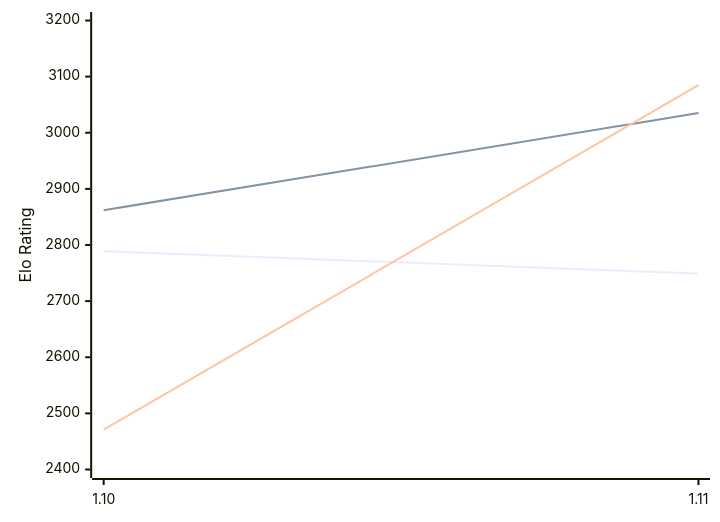
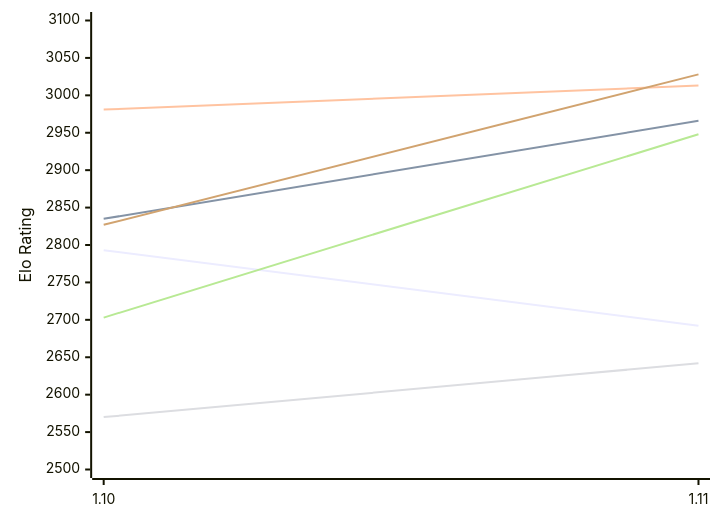
The first of 2 diagrams in engines/Roc.md (computer-chess-index/cci), drawn with Mermaid before and after one commit. The commit also changed other lines of this file, not shown here.

Commit message:
Update CCI Ratings (ELO VLTC) - 2026-11-13

````diff
--- a/engines/Roc.md
+++ b/engines/Roc.md
@@ -50,12 +50,12 @@
 ```mermaid
 %%{init: {"theme":"base","themeVariables":{"seriesColors:['#a3a3a3','#222221','#faa371']}}}%%
 xychart-beta
   x-axis ["1.10", "1.11"]
-  y-axis "Elo Rating" 2400 --> 3200
-  line "E1: STC (8.0+0.08s)" [2789, 2749]
-  line "E1: LTC (60.0+0.60s)" [2862, 3035]
-  line "E1: VLTC (2m24s+1.12s)" [2471, 3085]
-  line "P1: STC (8.0+0.08s)" [2805]
-  line "P1: LTC (60.0+0.60s)" [3114]
-  line "P1: VLTC (2m24s+1.12s)" [3194]
+  y-axis "Elo Rating" 2500 --> 3100
+  line "E1: STC (8.0+0.08s)" [2793, 2692]
+  line "E1: LTC (60.0+0.60s)" [2835, 2966]
+  line "E1: VLTC (2m24s+1.12s)" [2981, 3013]
+  line "P1: STC (8.0+0.08s)" [2570, 2642]
+  line "P1: LTC (60.0+0.60s)" [2703, 2948]
+  line "P1: VLTC (2m24s+1.12s)" [2827, 3028]
 ```
````
